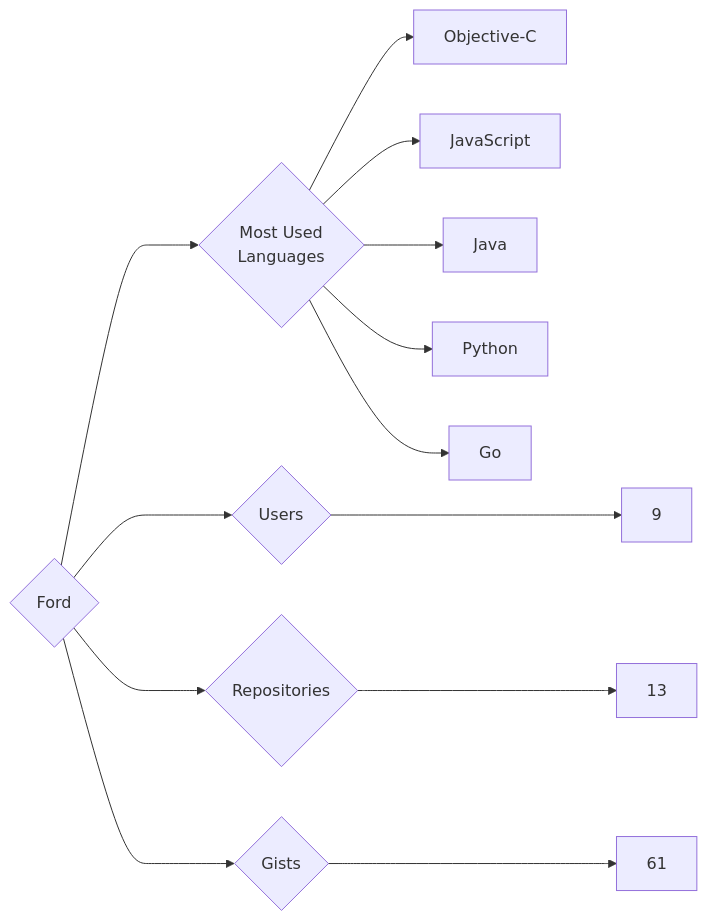
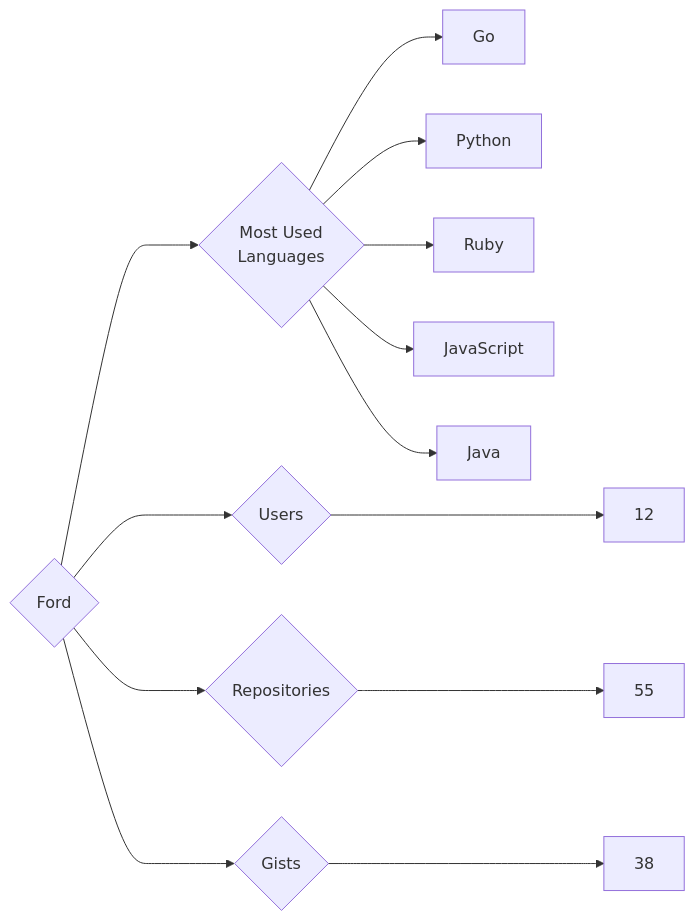
One commit to trickest/insiders changed the diagram in targets/Ford/README.md. Above: the diagram before and after it, drawn with Mermaid. The commit also changed 1148 other files, not shown here.

````diff
--- a/targets/Ford/README.md
+++ b/targets/Ford/README.md
@@ -3,13 +3,13 @@
 ```mermaid
 graph LR
 COMPANY_NAME{Ford}
-COMPANY_NAME ---> U{Users} ---> UN[9]
-COMPANY_NAME ---> R{Repositories} ---> RN[13]
-COMPANY_NAME ---> G{Gists} ---> GN[61]
+COMPANY_NAME ---> U{Users} ---> UN[12]
+COMPANY_NAME ---> R{Repositories} ---> RN[55]
+COMPANY_NAME ---> G{Gists} ---> GN[38]
 COMPANY_NAME ---> ML{Most Used<br>Languages}
-ML --> Objective-C[Objective-C]
+ML --> Go[Go]
+ML --> Python[Python]
+ML --> Ruby[Ruby]
 ML --> JavaScript[JavaScript]
 ML --> Java[Java]
-ML --> Python[Python]
-ML --> Go[Go]
 ```
````
